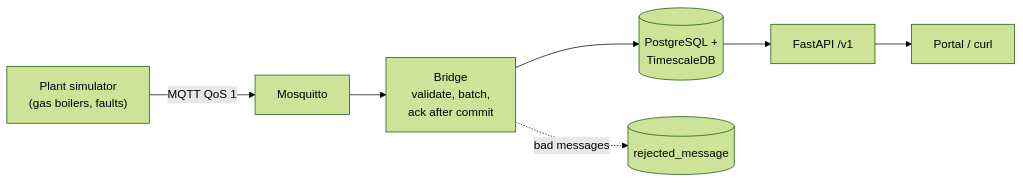
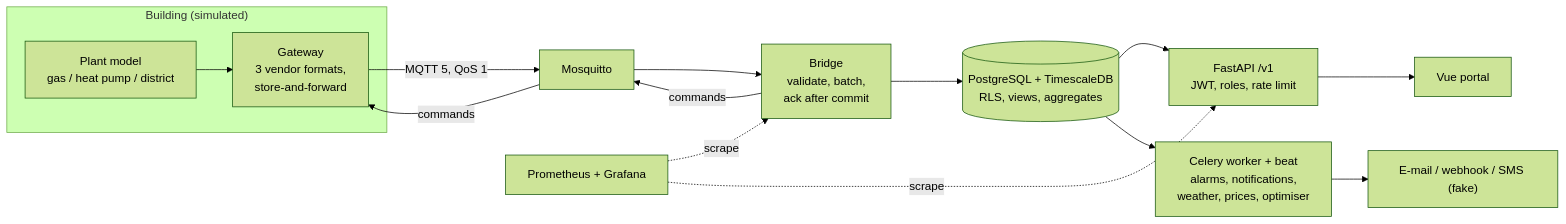
Before and after one commit to MostafaQabbari/heatbeat: the diagram in README.md, drawn with Mermaid (forest theme). The commit also changed other lines of this file and 16 other files, not shown here.

````diff
--- a/README.md
+++ b/README.md
@@ -15,9 +17,16 @@
 ```mermaid
 flowchart LR
-    SIM["Plant simulator<br/>(gas boilers, faults)"] -->|MQTT QoS 1| MQ[Mosquitto]
+    subgraph Site["Building (simulated)"]
+      PL["Plant model<br/>gas / heat pump / district"] --> GW["Gateway<br/>3 vendor formats,<br/>store-and-forward"]
+    end
+    GW -->|MQTT 5, QoS 1| MQ[Mosquitto]
     MQ --> BR["Bridge<br/>validate, batch,<br/>ack after commit"]
-    BR --> DB[("PostgreSQL +<br/>TimescaleDB")]
-    BR -. bad messages .-> REJ[(rejected_message)]
-    DB --> API["FastAPI /v1"]
-    API --> USER[Portal / curl]
+    BR --> DB[("PostgreSQL + TimescaleDB<br/>RLS, views, aggregates")]
+    BR -->|commands| MQ
+    MQ -->|commands| GW
+    DB --> API["FastAPI /v1<br/>JWT, roles, rate limit"]
+    API --> PORTAL["Vue portal"]
+    DB --> WK["Celery worker + beat<br/>alarms, notifications,<br/>weather, prices, optimiser"]
+    WK --> OUT["E-mail / webhook / SMS (fake)"]
+    PROM[Prometheus + Grafana] -.scrape.-> BR & API
 ```
````
